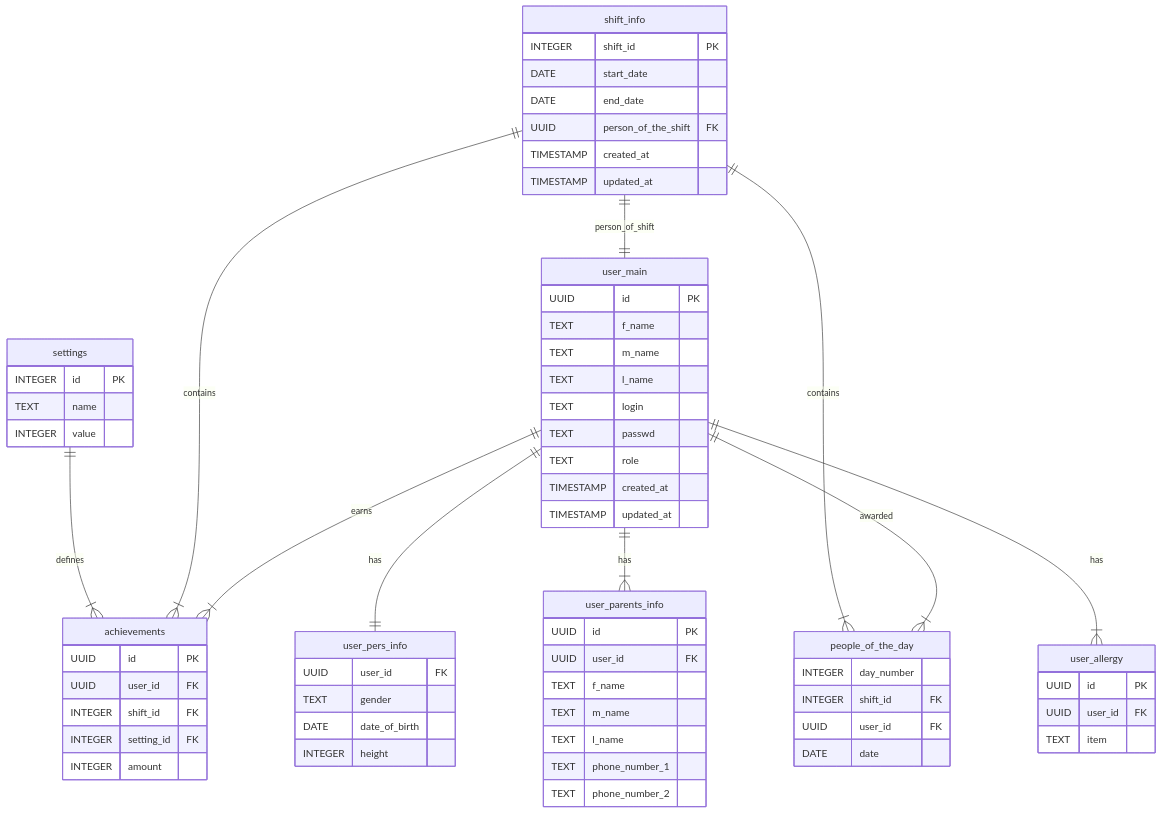
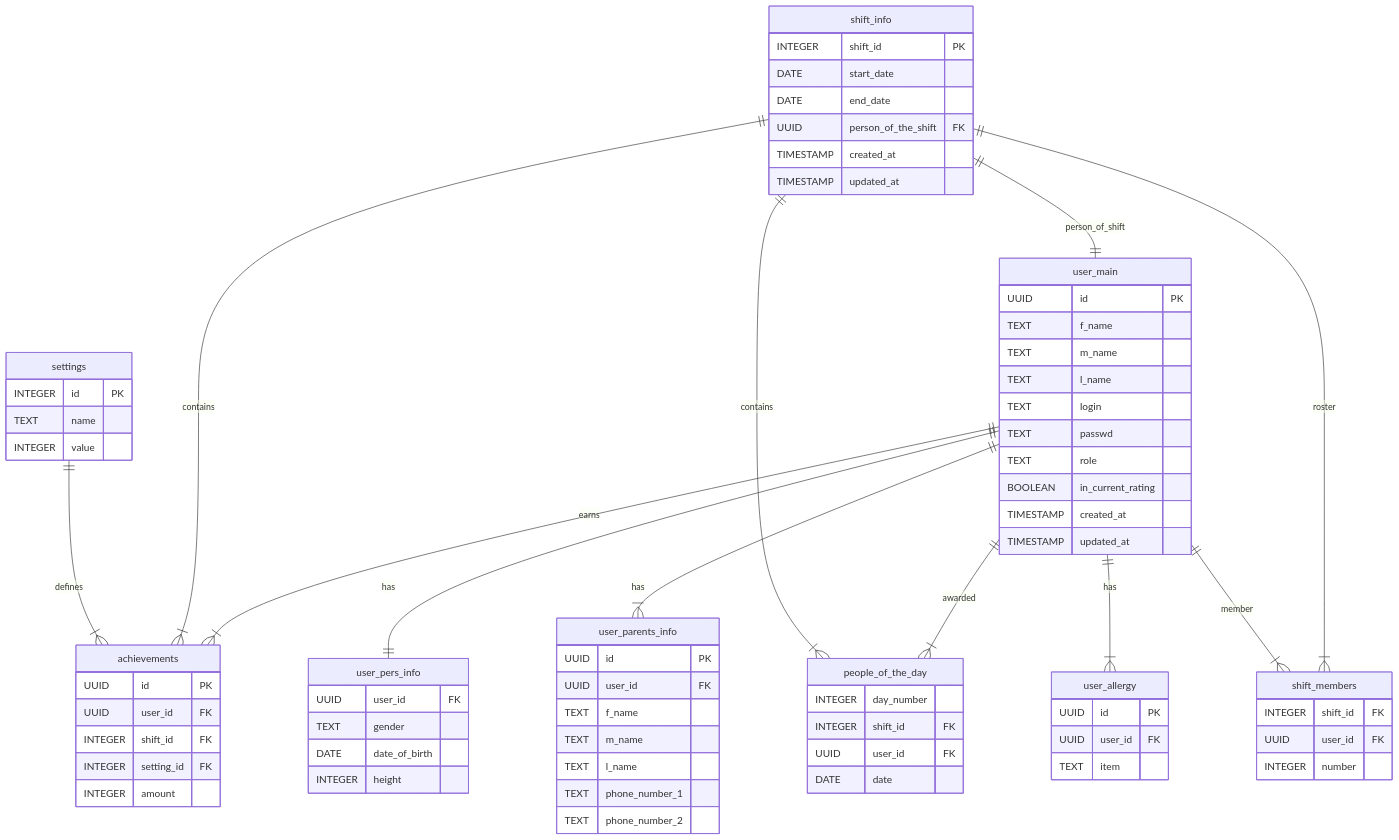
One commit to MelloTheCatLover/KEEP-Sparks changed the diagram in database_schema_desc.md. Above: the diagram before and after it, drawn with Mermaid. The commit also changed other lines of this file and 1 other file, not shown here.

Commit message:
docs(schema): add user_allergy, in_current_rating, shift_members.number; dev API port 8081

````diff
--- a/database_schema_desc.md
+++ b/database_schema_desc.md
@@ -142,6 +155,7 @@
         TEXT login
         TEXT passwd
         TEXT role
+        BOOLEAN in_current_rating
         TIMESTAMP created_at
         TIMESTAMP updated_at
     }
@@ -199,6 +213,12 @@
         TEXT item
     }
 
+    shift_members {
+        INTEGER shift_id FK
+        UUID user_id FK
+        INTEGER number
+    }
+
     user_main ||--|| user_pers_info : "has"
     user_main ||--|{ user_parents_info : "has"
     user_main ||--|{ user_allergy : "has"
@@ -207,5 +227,7 @@
     shift_info ||--|{ achievements : "contains"
     shift_info ||--|{ people_of_the_day : "contains"
     shift_info ||--|| user_main : "person_of_shift"
+    shift_info ||--|{ shift_members : "roster"
+    user_main ||--|{ shift_members : "member"
     settings ||--|{ achievements : "defines"
 ```
````
